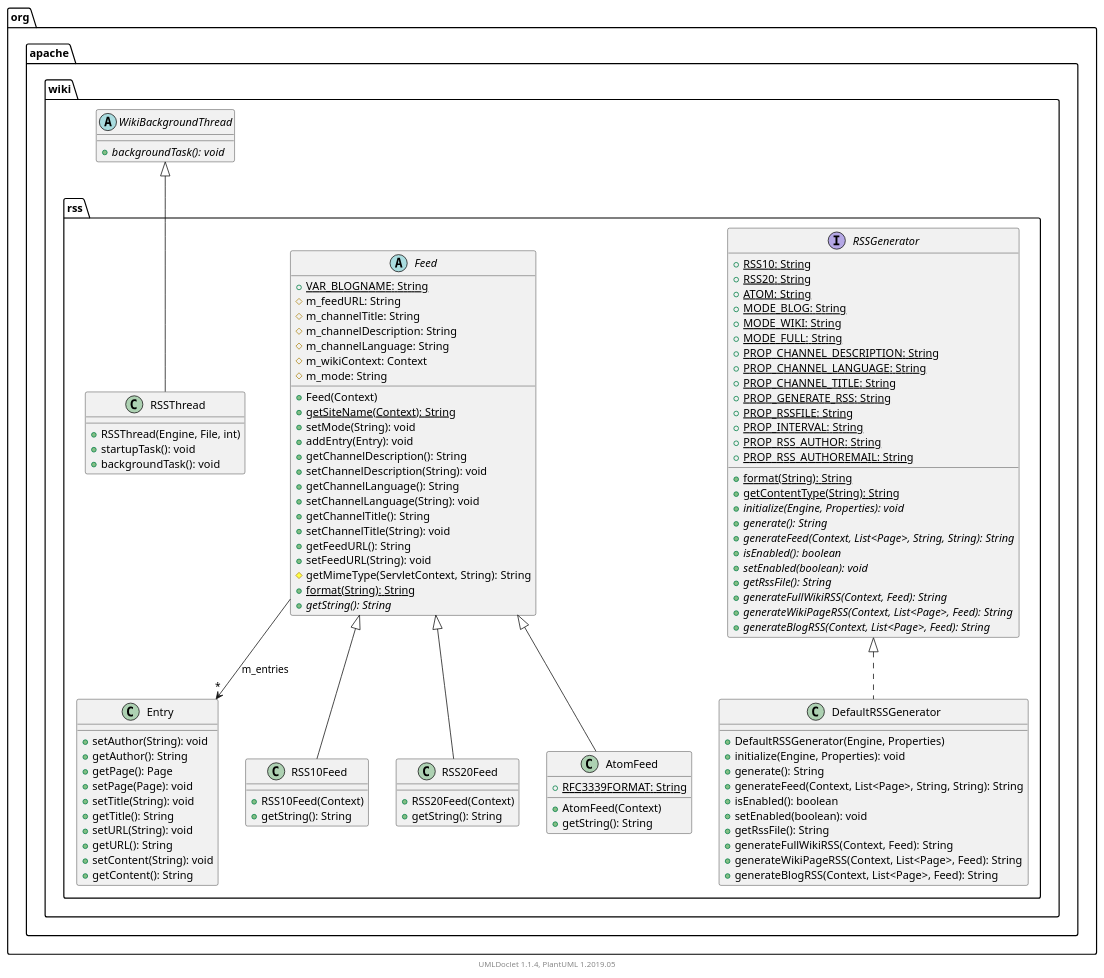
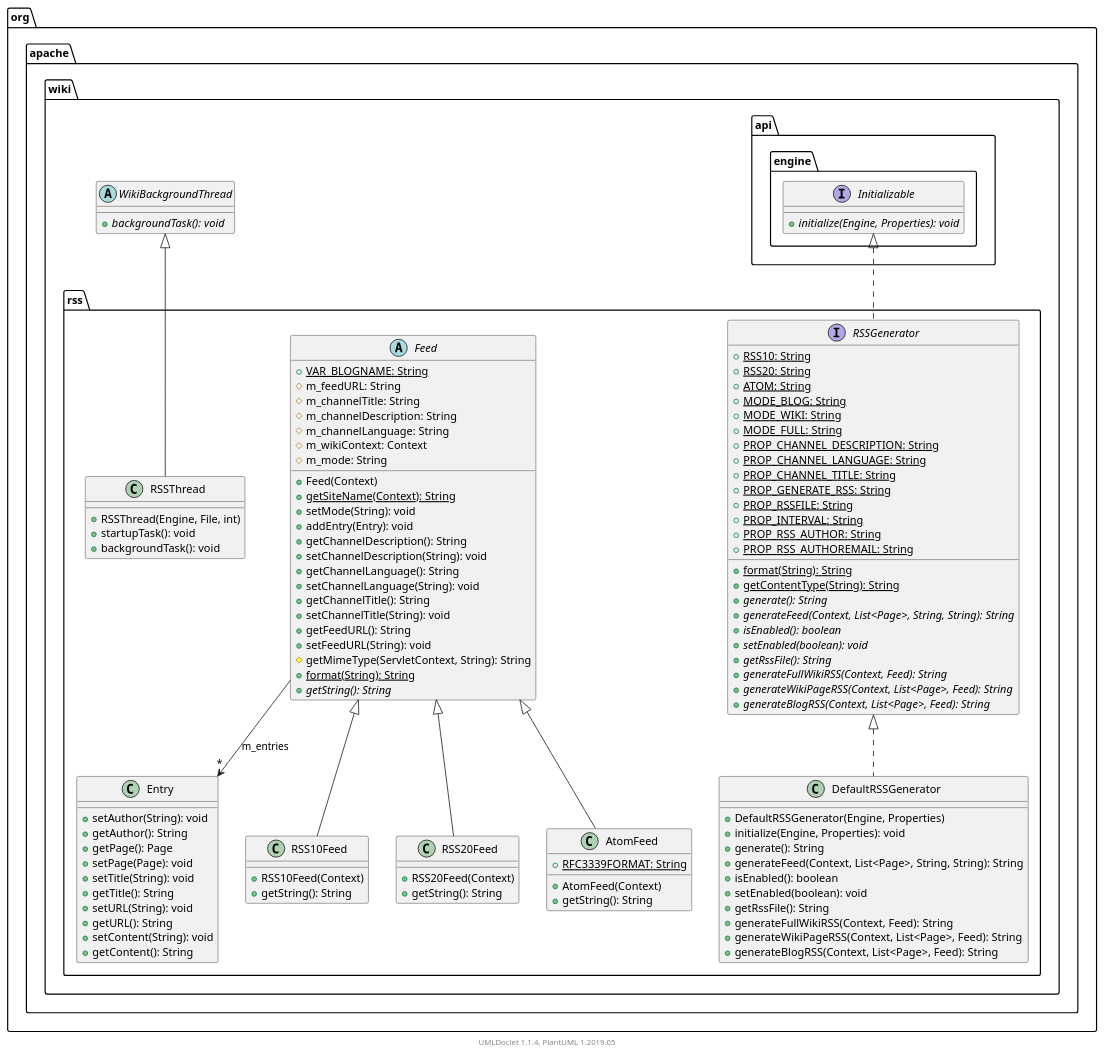
Before and after one commit to apache/jspwiki-site: the diagram in apidocs/2.11.0.M7-SNAPSHOT/org/apache/wiki/rss/package.puml, drawn with PlantUML. The commit also changed 1297 other files, not shown here.

```diff
--- a/apidocs/2.11.0.M7-SNAPSHOT/org/apache/wiki/rss/package.puml
+++ b/apidocs/2.11.0.M7-SNAPSHOT/org/apache/wiki/rss/package.puml
@@ -1,125 +1,129 @@
 @startuml
 
     namespace org.apache.wiki.rss {
 
         interface RSSGenerator [[RSSGenerator.html]] {
             {static} +RSS10: String
             {static} +RSS20: String
             {static} +ATOM: String
             {static} +MODE_BLOG: String
             {static} +MODE_WIKI: String
             {static} +MODE_FULL: String
             {static} +PROP_CHANNEL_DESCRIPTION: String
             {static} +PROP_CHANNEL_LANGUAGE: String
             {static} +PROP_CHANNEL_TITLE: String
             {static} +PROP_GENERATE_RSS: String
             {static} +PROP_RSSFILE: String
             {static} +PROP_INTERVAL: String
             {static} +PROP_RSS_AUTHOR: String
             {static} +PROP_RSS_AUTHOREMAIL: String
             {static} +format(String): String
             {static} +getContentType(String): String
-            {abstract} +initialize(Engine, Properties): void
             {abstract} +generate(): String
             {abstract} +generateFeed(Context, List<Page>, String, String): String
             {abstract} +isEnabled(): boolean
             {abstract} +setEnabled(boolean): void
             {abstract} +getRssFile(): String
             {abstract} +generateFullWikiRSS(Context, Feed): String
             {abstract} +generateWikiPageRSS(Context, List<Page>, Feed): String
             {abstract} +generateBlogRSS(Context, List<Page>, Feed): String
         }
 
         abstract class Feed [[Feed.html]] {
             {static} +VAR_BLOGNAME: String
             #m_feedURL: String
             #m_channelTitle: String
             #m_channelDescription: String
             #m_channelLanguage: String
             #m_wikiContext: Context
             #m_mode: String
             +Feed(Context)
             {static} +getSiteName(Context): String
             +setMode(String): void
             +addEntry(Entry): void
             +getChannelDescription(): String
             +setChannelDescription(String): void
             +getChannelLanguage(): String
             +setChannelLanguage(String): void
             +getChannelTitle(): String
             +setChannelTitle(String): void
             +getFeedURL(): String
             +setFeedURL(String): void
             #getMimeType(ServletContext, String): String
             {static} +format(String): String
             {abstract} +getString(): String
         }
 
         class Entry [[Entry.html]] {
             +setAuthor(String): void
             +getAuthor(): String
             +getPage(): Page
             +setPage(Page): void
             +setTitle(String): void
             +getTitle(): String
             +setURL(String): void
             +getURL(): String
             +setContent(String): void
             +getContent(): String
         }
 
         class RSSThread [[RSSThread.html]] {
             +RSSThread(Engine, File, int)
             +startupTask(): void
             +backgroundTask(): void
         }
 
         class RSS10Feed [[RSS10Feed.html]] {
             +RSS10Feed(Context)
             +getString(): String
         }
 
         class RSS20Feed [[RSS20Feed.html]] {
             +RSS20Feed(Context)
             +getString(): String
         }
 
         class AtomFeed [[AtomFeed.html]] {
             {static} +RFC3339FORMAT: String
             +AtomFeed(Context)
             +getString(): String
         }
 
         class DefaultRSSGenerator [[DefaultRSSGenerator.html]] {
             +DefaultRSSGenerator(Engine, Properties)
             +initialize(Engine, Properties): void
             +generate(): String
             +generateFeed(Context, List<Page>, String, String): String
             +isEnabled(): boolean
             +setEnabled(boolean): void
             +getRssFile(): String
             +generateFullWikiRSS(Context, Feed): String
             +generateWikiPageRSS(Context, List<Page>, Feed): String
             +generateBlogRSS(Context, List<Page>, Feed): String
         }
 
+        interface org.apache.wiki.api.engine.Initializable {
+            {abstract} +initialize(Engine, Properties): void
+        }
+        org.apache.wiki.api.engine.Initializable <|.. RSSGenerator
+
         abstract class org.apache.wiki.WikiBackgroundThread {
             {abstract} +backgroundTask(): void
         }
         org.apache.wiki.WikiBackgroundThread <|-- RSSThread
 
         Feed <|-- RSS10Feed
 
         Feed <|-- RSS20Feed
 
         Feed <|-- AtomFeed
 
         RSSGenerator <|.. DefaultRSSGenerator
 
         Feed --> "*" Entry: m_entries
 
     }
 
 
     center footer UMLDoclet 1.1.4, PlantUML 1.2019.05
 @enduml
```
